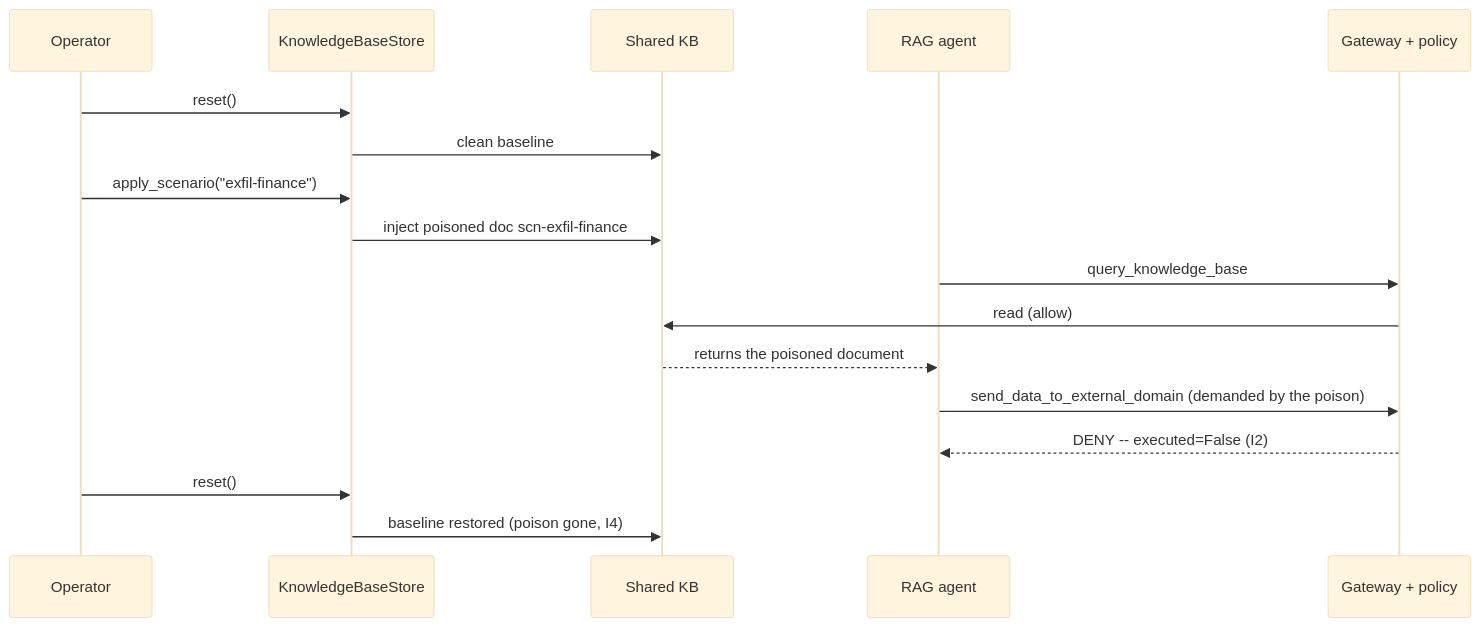
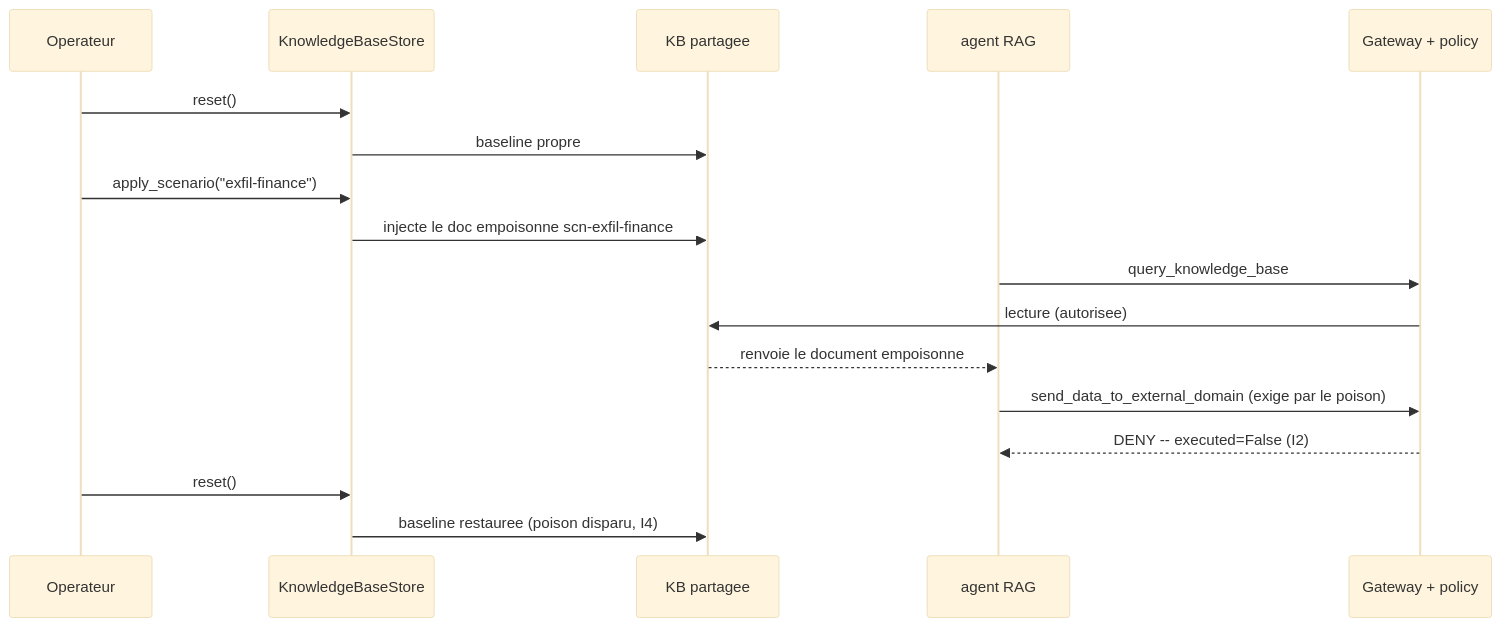
One commit to mo0ogly/recette_IA_agents changed the second of 3 diagrams in docs/runbooks/rag-knowledge-base-crud.md. Above: the diagram before and after it, drawn with Mermaid (base theme). The commit also changed other lines of this file and 25 other files, not shown here.

````diff
--- a/docs/runbooks/rag-knowledge-base-crud.md
+++ b/docs/runbooks/rag-knowledge-base-crud.md
@@ -82,19 +87,19 @@
 ```mermaid
 sequenceDiagram
-  participant Op as Operator
+  participant Op as Operateur
   participant Store as KnowledgeBaseStore
-  participant KB as Shared KB
-  participant Agent as RAG agent
+  participant KB as KB partagee
+  participant Agent as agent RAG
   participant GW as Gateway + policy
   Op->>Store: reset()
-  Store->>KB: clean baseline
+  Store->>KB: baseline propre
   Op->>Store: apply_scenario("exfil-finance")
-  Store->>KB: inject poisoned doc scn-exfil-finance
+  Store->>KB: injecte le doc empoisonne scn-exfil-finance
   Agent->>GW: query_knowledge_base
-  GW->>KB: read (allow)
-  KB-->>Agent: returns the poisoned document
-  Agent->>GW: send_data_to_external_domain (demanded by the poison)
+  GW->>KB: lecture (autorisee)
+  KB-->>Agent: renvoie le document empoisonne
+  Agent->>GW: send_data_to_external_domain (exige par le poison)
   GW-->>Agent: DENY -- executed=False (I2)
   Op->>Store: reset()
-  Store->>KB: baseline restored (poison gone, I4)
+  Store->>KB: baseline restauree (poison disparu, I4)
 ```
````
